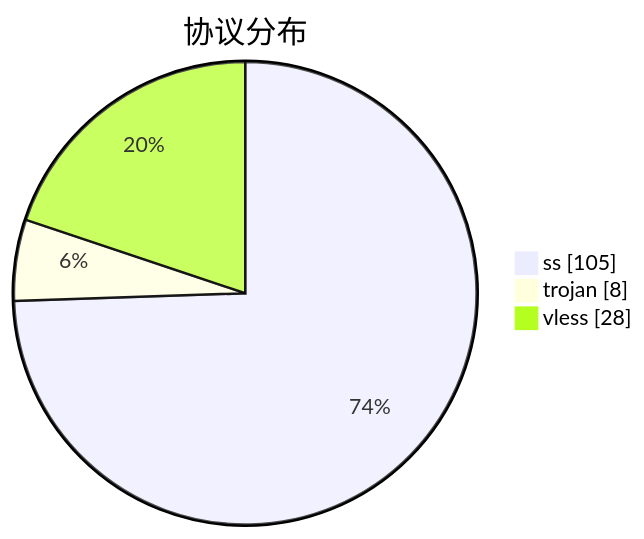
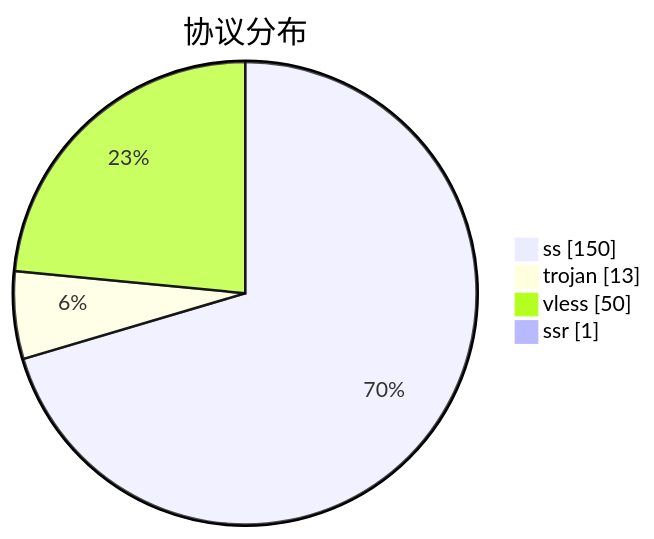
Before and after one commit to qjlxg/airport: the third of 3 diagrams in subs/statistics/tested_within.md, drawn with Mermaid. The commit also changed other lines of this file and 2 other files, not shown here.

````diff
--- a/subs/statistics/tested_within.md
+++ b/subs/statistics/tested_within.md
@@ -16,7 +17,8 @@
 ```mermaid
 pie showData
 title 协议分布
-"ss" : 105
-"trojan" : 8
-"vless" : 28
+"ss" : 150
+"trojan" : 13
+"vless" : 50
+"ssr" : 1
 ```
````
